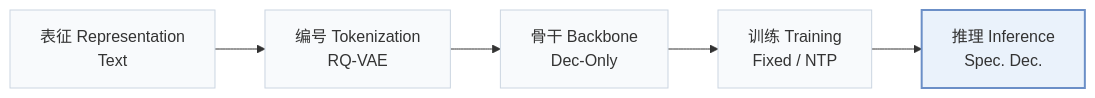
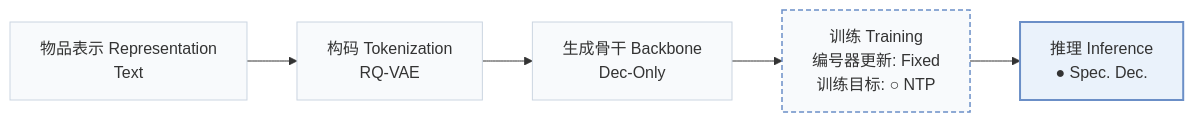
The first of 2 diagrams in pages/zh/papers/atspeed.md (Galaxy-ghost/Awesome-SID-Generative-Rec), drawn with Mermaid before and after one commit. The commit also changed other lines of this file and 558 other files, not shown here.

````diff
--- a/pages/zh/papers/atspeed.md
+++ b/pages/zh/papers/atspeed.md
@@ -15,8 +18,10 @@
 ```mermaid
 flowchart LR
-    R["表征 Representation<br/>Text"] --> T["编号 Tokenization<br/>RQ-VAE"] --> B["骨干 Backbone<br/>Dec-Only"] --> TR["训练 Training<br/>Fixed / NTP"] --> I["推理 Inference<br/>Spec. Dec."]
+    R["物品表示 Representation<br/>Text"] --> T["构码 Tokenization<br/>RQ-VAE"] --> B["生成骨干 Backbone<br/>Dec-Only"] --> TR["训练 Training<br/>编号器更新: Fixed<br/>训练目标: ○ NTP"] --> I["推理 Inference<br/>● Spec. Dec."]
     classDef base fill:#f8fafc,stroke:#cbd5e1
     class R,T,B,TR,I base
+    classDef other fill:#f8fafc,stroke:#6b8fc7,stroke-width:1.5px,stroke-dasharray:5 3
+    class TR other
     classDef main fill:#eaf2fb,stroke:#6b8fc7,stroke-width:2px
     class I main
 ```
````
